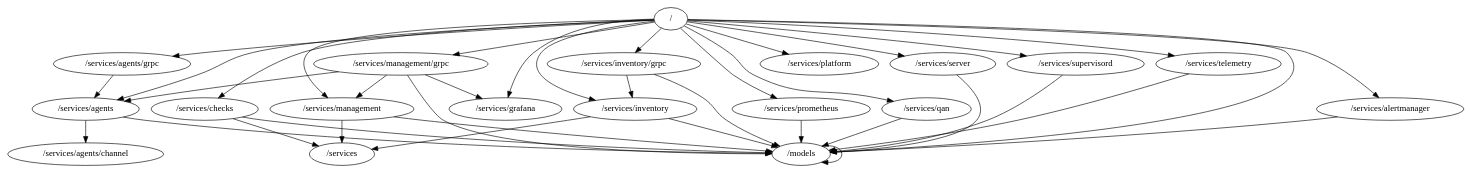
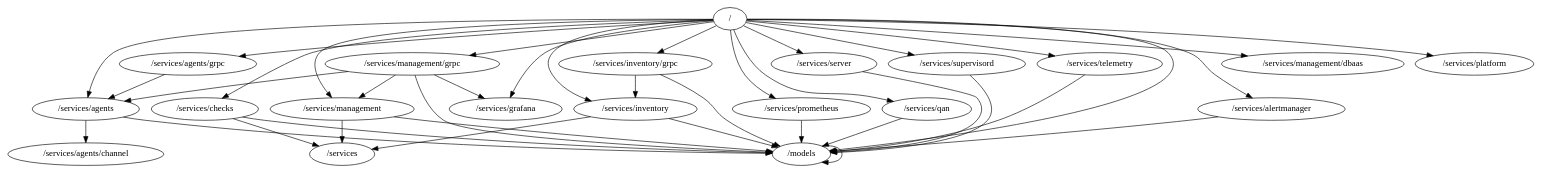
The diagram in packages.dot (percona/pmm), drawn with Graphviz before and after one commit. The commit also changed 13 other files, not shown here.

```diff
--- a/packages.dot
+++ b/packages.dot
@@ -1,40 +1,41 @@
 digraph packages {
 	"/" -> "/models";
 	"/" -> "/services/agents";
 	"/" -> "/services/agents/grpc";
 	"/" -> "/services/alertmanager";
 	"/" -> "/services/checks";
 	"/" -> "/services/grafana";
 	"/" -> "/services/inventory";
 	"/" -> "/services/inventory/grpc";
 	"/" -> "/services/management";
+	"/" -> "/services/management/dbaas";
 	"/" -> "/services/management/grpc";
 	"/" -> "/services/platform";
 	"/" -> "/services/prometheus";
 	"/" -> "/services/qan";
 	"/" -> "/services/server";
 	"/" -> "/services/supervisord";
 	"/" -> "/services/telemetry";
 	"/models" -> "/models";
 	"/services/agents" -> "/models";
 	"/services/agents" -> "/services/agents/channel";
 	"/services/agents/grpc" -> "/services/agents";
 	"/services/alertmanager" -> "/models";
 	"/services/checks" -> "/models";
 	"/services/checks" -> "/services";
 	"/services/inventory" -> "/models";
 	"/services/inventory" -> "/services";
 	"/services/inventory/grpc" -> "/models";
 	"/services/inventory/grpc" -> "/services/inventory";
 	"/services/management" -> "/models";
 	"/services/management" -> "/services";
 	"/services/management/grpc" -> "/models";
 	"/services/management/grpc" -> "/services/agents";
 	"/services/management/grpc" -> "/services/grafana";
 	"/services/management/grpc" -> "/services/management";
 	"/services/prometheus" -> "/models";
 	"/services/qan" -> "/models";
 	"/services/server" -> "/models";
 	"/services/supervisord" -> "/models";
 	"/services/telemetry" -> "/models";
 }
```
